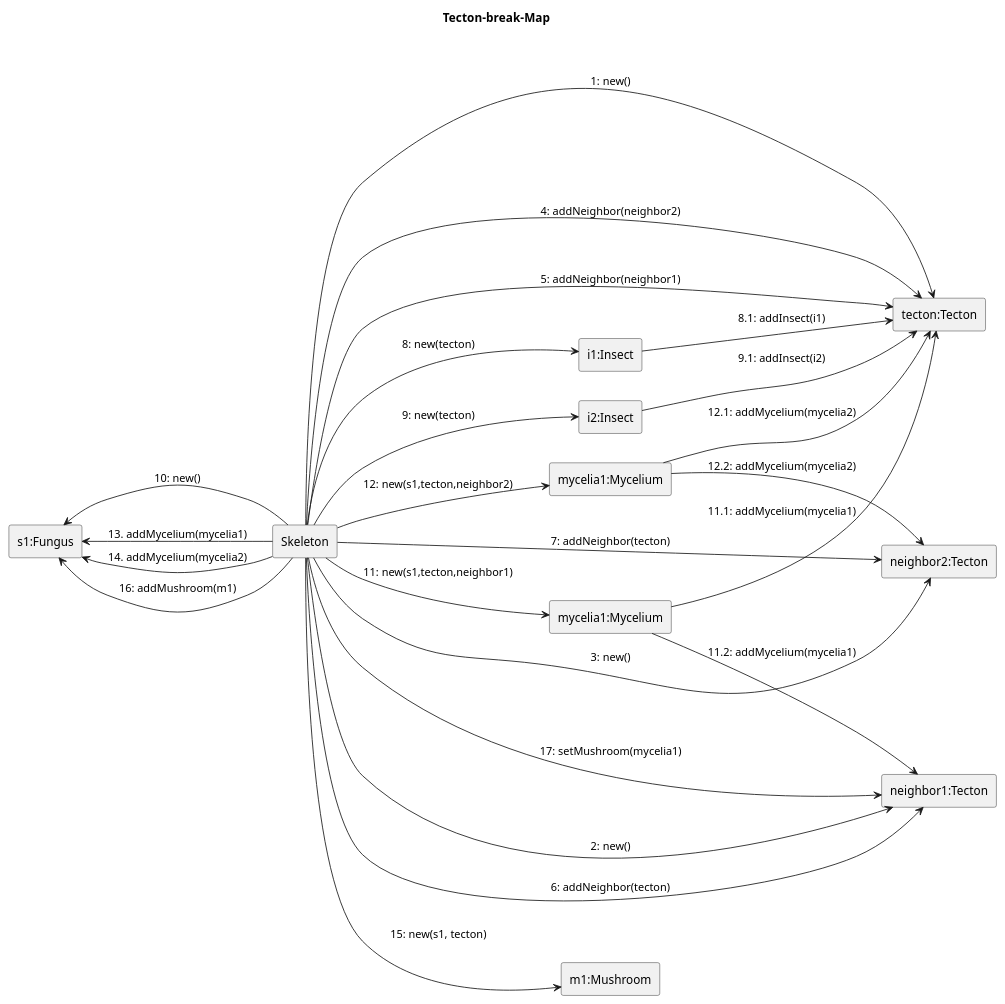
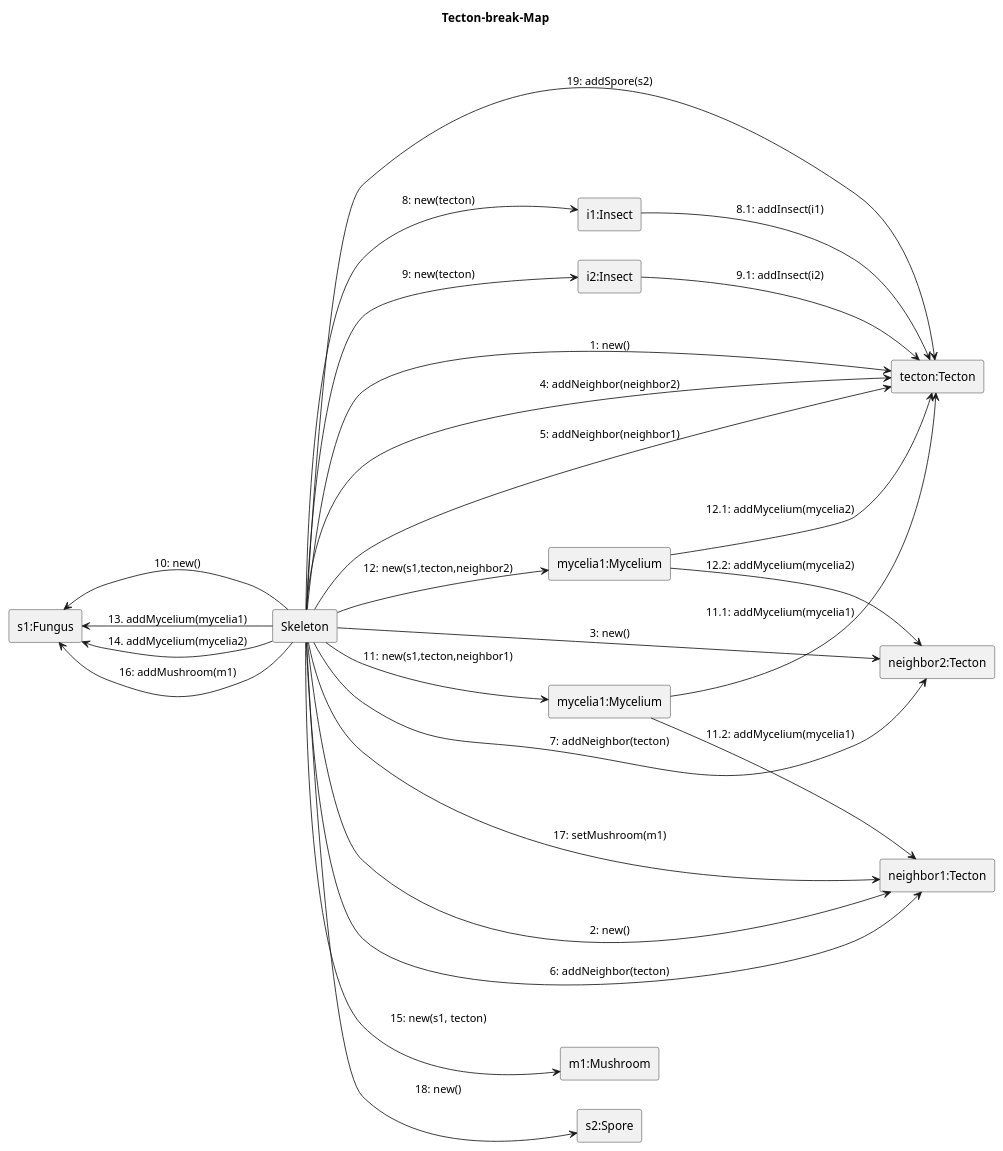
Before and after one commit to ZD4ve/projlab-error521: the diagram in Skeleton/Tecton-break/map-tecton-break.pu, drawn with PlantUML.

Commit message:
tecton-break map fix

```diff
--- a/Skeleton/Tecton-break/map-tecton-break.pu
+++ b/Skeleton/Tecton-break/map-tecton-break.pu
@@ -1,49 +1,52 @@
 @startuml Tecton-break/map 
 left to right direction
 
 title Tecton-break-Map
 
 rectangle Skeleton as S 
 
 rectangle "s1:Fungus" as s1
 rectangle "mycelia1:Mycelium" as mycelia1
 rectangle "mycelia1:Mycelium" as mycelia2
 rectangle "m1:Mushroom" as m1
 rectangle "tecton:Tecton" as tecton
 rectangle "neighbor1:Tecton" as neighbor1
 rectangle "neighbor2:Tecton" as neighbor2
 rectangle "i1:Insect" as i1
 rectangle "i2:Insect" as i2
+rectangle "s2:Spore" as s2
 
 S --> tecton: 1: new()
 S --> neighbor1: 2: new()
 S --> neighbor2: 3: new()
 S --> tecton: 4: addNeighbor(neighbor2)
 S --> tecton: 5: addNeighbor(neighbor1)
 S --> neighbor1: 6: addNeighbor(tecton)
 S --> neighbor2: 7: addNeighbor(tecton)
 
 S --> i1 : 8: new(tecton)
 i1 --> tecton : 8.1: addInsect(i1)
 S --> i2 : 9: new(tecton)
 i2 --> tecton : 9.1: addInsect(i2)
 
 S -left-> s1: 10: new()
 
 S --> mycelia1: 11: new(s1,tecton,neighbor1)
 mycelia1 --> tecton: 11.1: addMycelium(mycelia1)
 mycelia1 --> neighbor1 : 11.2: addMycelium(mycelia1)
 
 S --> mycelia2: 12: new(s1,tecton,neighbor2)
 mycelia2 --> tecton: 12.1: addMycelium(mycelia2)
 mycelia2 --> neighbor2 : 12.2: addMycelium(mycelia2)
 
 S --> s1: 13. addMycelium(mycelia1)
 S --> s1: 14. addMycelium(mycelia2)
 
 S --> m1: 15: new(s1, tecton)
 S --> s1: 16: addMushroom(m1)
-S --> neighbor1: 17: setMushroom(mycelia1)
+S --> neighbor1: 17: setMushroom(m1)
 
+S --> s2: 18: new()
+S --> tecton: 19: addSpore(s2)
 
 @enduml
```
